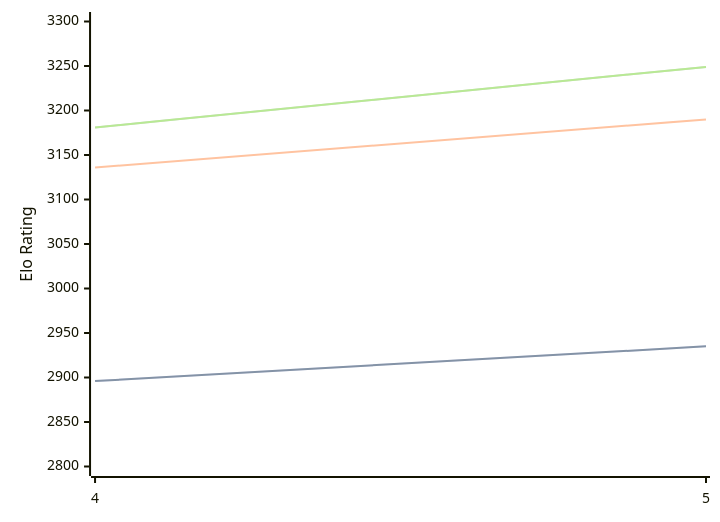
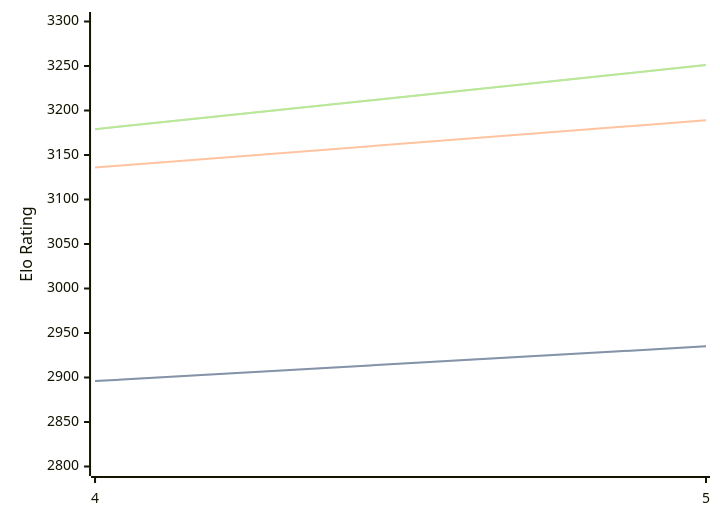
One commit to computer-chess-index/cci changed the diagram in engines/Cwtch.md. Above: the diagram before and after it, drawn with Mermaid. The commit also changed other lines of this file, not shown here.

Commit message:
Update CCI Ratings (ELO VLTC) - 2026-05-07

````diff
--- a/engines/Cwtch.md
+++ b/engines/Cwtch.md
@@ -34,11 +34,11 @@
 ```mermaid
 %%{init: {"theme":"base","themeVariables":{"seriesColors:['#a3a3a3','#222221','#faa371']}}}%%
 xychart-beta
   x-axis ["4", "5"]
   y-axis "Elo Rating" 2800 --> 3300
   line "STC (8.0+0.08s)" [2896, 2935]
   line "STC (8.0+0.08s)" [2896, 2935]
-  line "LTC (60.0+0.60s)" [3136, 3190]
-  line "VLTC (2m24s+1.12s)" [3181, 3249]
-  line "VLTC (2m24s+1.12s)" [3181, 3249]
+  line "LTC (60.0+0.60s)" [3136, 3189]
+  line "VLTC (2m24s+1.12s)" [3179, 3251]
+  line "VLTC (2m24s+1.12s)" [3179, 3251]
 ```
````
